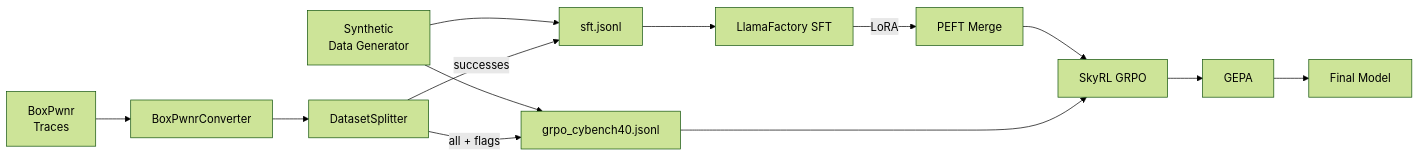
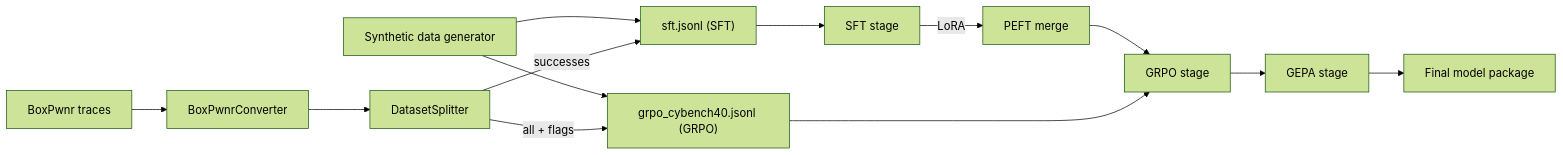
One commit to westonbrown/open-ctf-env changed the second of 4 diagrams in docs/architecture.md. Above: the diagram before and after it, drawn with Mermaid (forest theme). The commit also changed other lines of this file and 2 other files, not shown here.

````diff
--- a/docs/architecture.md
+++ b/docs/architecture.md
@@ -92,15 +92,15 @@
 ```mermaid
 flowchart LR
-    boxpwnr["BoxPwnr\nTraces"] --> converter["BoxPwnrConverter"]
-    synth["Synthetic \nData Generator"] --> sft
+    boxpwnr["BoxPwnr traces"] --> converter["BoxPwnrConverter"]
+    synth["Synthetic data generator"] --> sft
     synth --> grpo
     converter --> splitter["DatasetSplitter"]
-    splitter -->|"successes"| sft["sft.jsonl"]
-    splitter -->|"all + flags"| grpo["grpo_cybench40.jsonl"]
-    sft --> llamafactory["LlamaFactory SFT"]
-    llamafactory -->|"LoRA"| merge["PEFT Merge"]
-    merge --> skyrl["SkyRL GRPO"]
+    splitter -->|"successes"| sft["sft.jsonl (SFT)"]
+    splitter -->|"all + flags"| grpo["grpo_cybench40.jsonl (GRPO)"]
+    sft --> sft_stage["SFT stage"]
+    sft_stage -->|"LoRA"| merge["PEFT merge"]
+    merge --> skyrl["GRPO stage"]
     grpo --> skyrl
-    skyrl --> gepa["GEPA"]
-    gepa --> final["Final Model"]
+    skyrl --> gepa["GEPA stage"]
+    gepa --> final["Final model package"]
 ```
````
